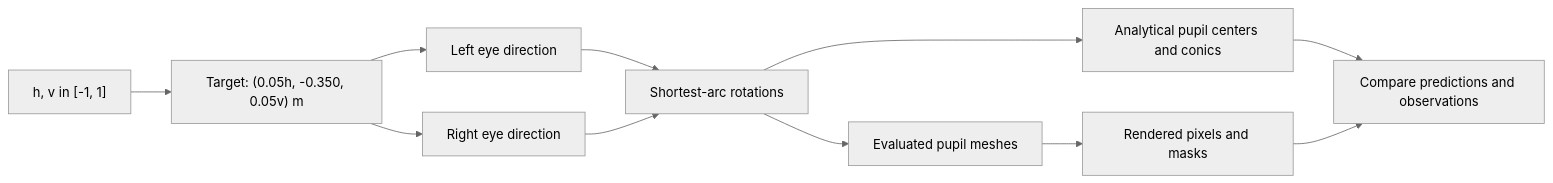
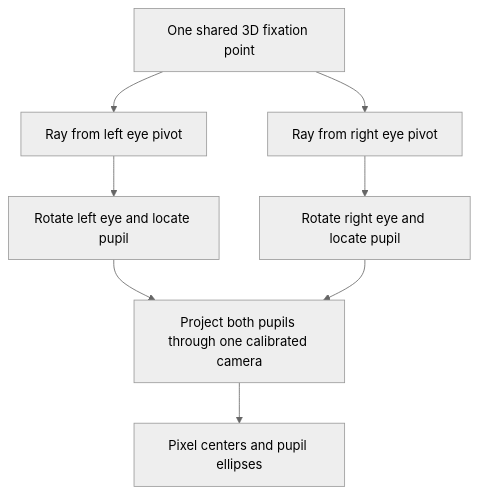
One commit to Eldo-John-Giby/Apollo changed the second of 2 diagrams in README.md. Above: the diagram before and after it, drawn with Mermaid (neutral theme). The commit also changed other lines of this file and 107 other files, not shown here.

````diff
--- a/README.md
+++ b/README.md
@@ -108,13 +48,10 @@
 ```mermaid
-flowchart LR
-    HV["h, v in [-1, 1]"] --> T["Target: (0.05h, -0.350, 0.05v) m"]
-    T --> L[Left eye direction]
-    T --> R[Right eye direction]
-    L --> Q[Shortest-arc rotations]
-    R --> Q
-    Q --> M[Evaluated pupil meshes]
-    Q --> P[Analytical pupil centers and conics]
-    M --> RGB[Rendered pixels and masks]
-    P --> C[Compare predictions and observations]
-    RGB --> C
+flowchart TD
+    T["One shared 3D fixation point"] --> L["Ray from left eye pivot"]
+    T --> R["Ray from right eye pivot"]
+    L --> LP["Rotate left eye and locate pupil"]
+    R --> RP["Rotate right eye and locate pupil"]
+    LP --> C["Project both pupils through one calibrated camera"]
+    RP --> C
+    C --> P["Pixel centers and pupil ellipses"]
 ```
````
